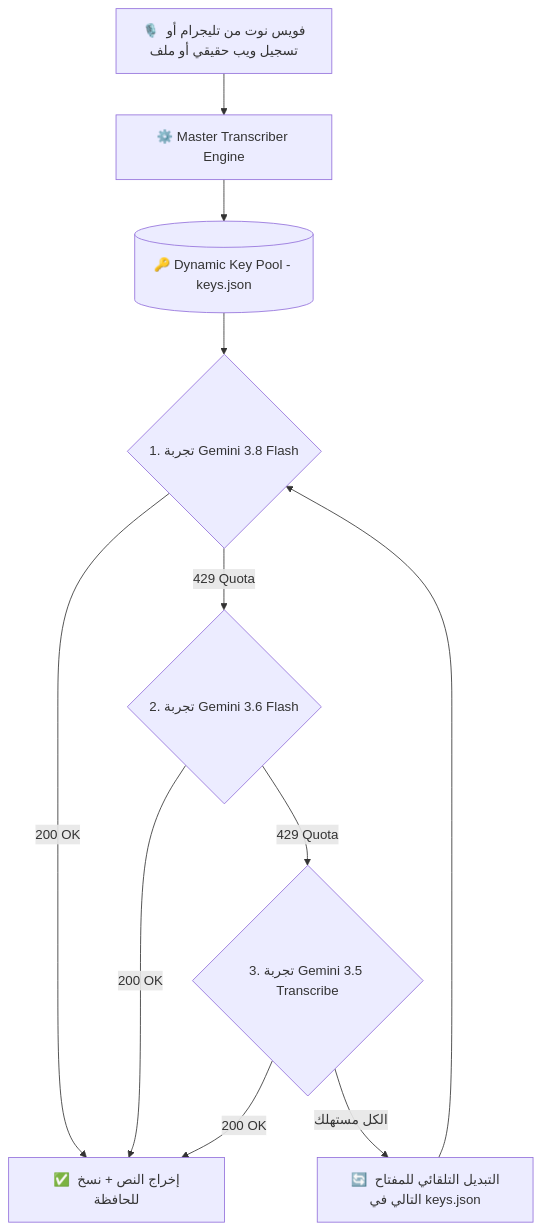
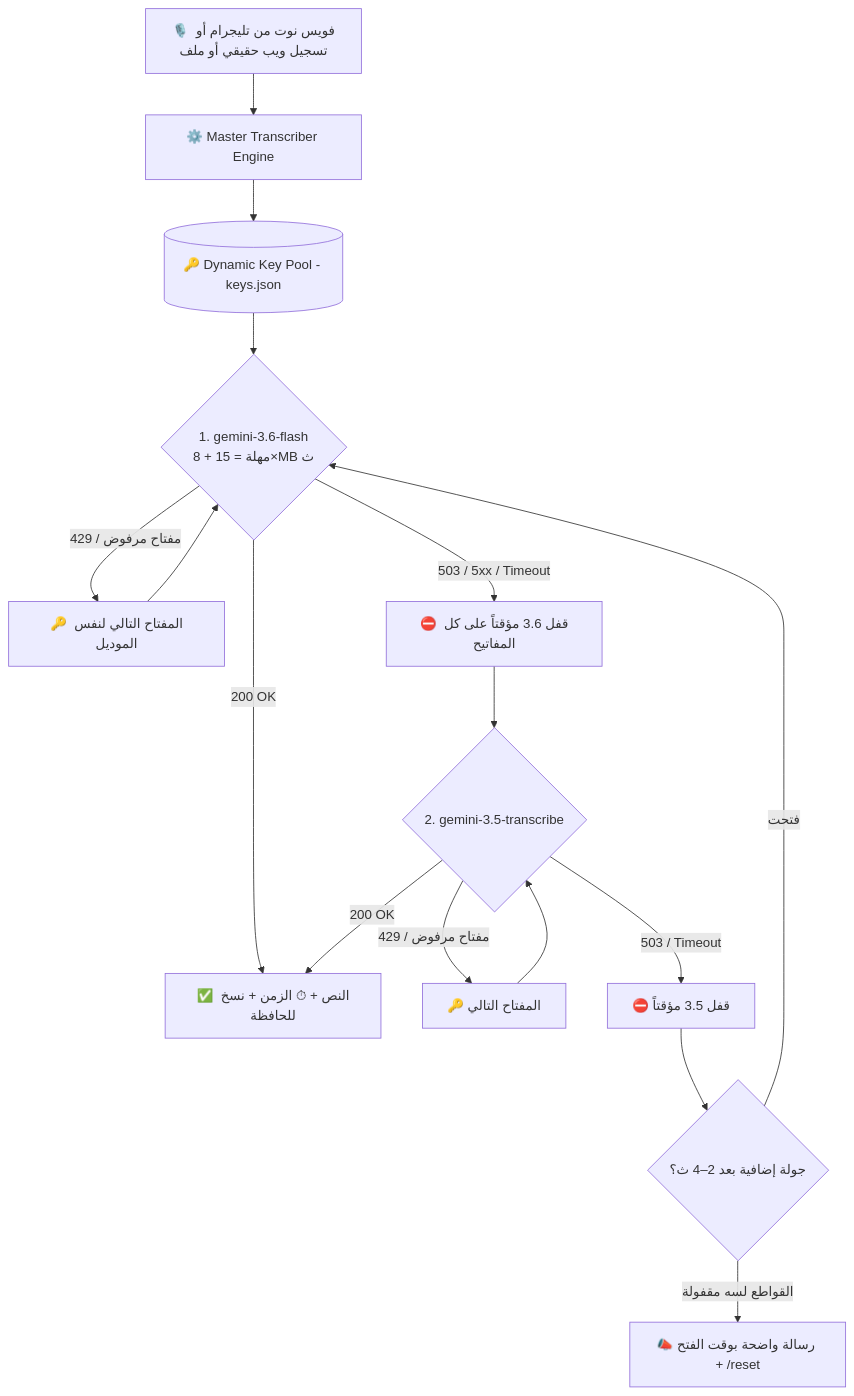
Before and after one commit to wewe00220033/Gemini-3.8-Flash: the diagram in README.md, drawn with Mermaid. The commit also changed other lines of this file, not shown here.

Commit message:
docs(readme): 3.6→3.5 chain, 3.8 disabled note, fast-failover flow diagram, /reset, quota 45/project, per-project quota warning, 126 tests

````diff
--- a/README.md
+++ b/README.md
@@ -39,13 +46,18 @@
 ```mermaid
 graph TD
     UserVoice[🎙️ فويس نوت من تليجرام أو تسجيل ويب حقيقي أو ملف] --> Engine[⚙️ Master Transcriber Engine]
     Engine --> KeyPool[(🔑 Dynamic Key Pool - keys.json)]
-    KeyPool --> Model1{1. تجربة Gemini 3.8 Flash}
-    Model1 -->|200 OK| Done[✅ إخراج النص + نسخ للحافظة]
-    Model1 -->|429 Quota| Model2{2. تجربة Gemini 3.6 Flash}
-    Model2 -->|200 OK| Done
-    Model2 -->|429 Quota| Model3{3. تجربة Gemini 3.5 Transcribe}
-    Model3 -->|200 OK| Done
-    Model3 -->|الكل مستهلك| Rotate[🔄 التبديل التلقائي للمفتاح التالي في keys.json]
-    Rotate --> Model1
+    KeyPool --> M1{1. gemini-3.6-flash<br/>مهلة = 15 + 8×MB ث}
+    M1 -->|200 OK| Done[✅ النص + ⏱ الزمن + نسخ للحافظة]
+    M1 -->|429 / مفتاح مرفوض| K1[🔑 المفتاح التالي لنفس الموديل]
+    K1 --> M1
+    M1 -->|503 / 5xx / Timeout| CB1[⛔ قفل 3.6 مؤقتاً على كل المفاتيح]
+    CB1 --> M2{2. gemini-3.5-transcribe}
+    M2 -->|200 OK| Done
+    M2 -->|429 / مفتاح مرفوض| K2[🔑 المفتاح التالي]
+    K2 --> M2
+    M2 -->|503 / Timeout| CB2[⛔ قفل 3.5 مؤقتاً]
+    CB2 --> Retry{جولة إضافية بعد 2–4 ث؟}
+    Retry -->|القواطع لسه مقفولة| Msg[📣 رسالة واضحة بوقت الفتح + /reset]
+    Retry -->|فتحت| M1
 ```
````
